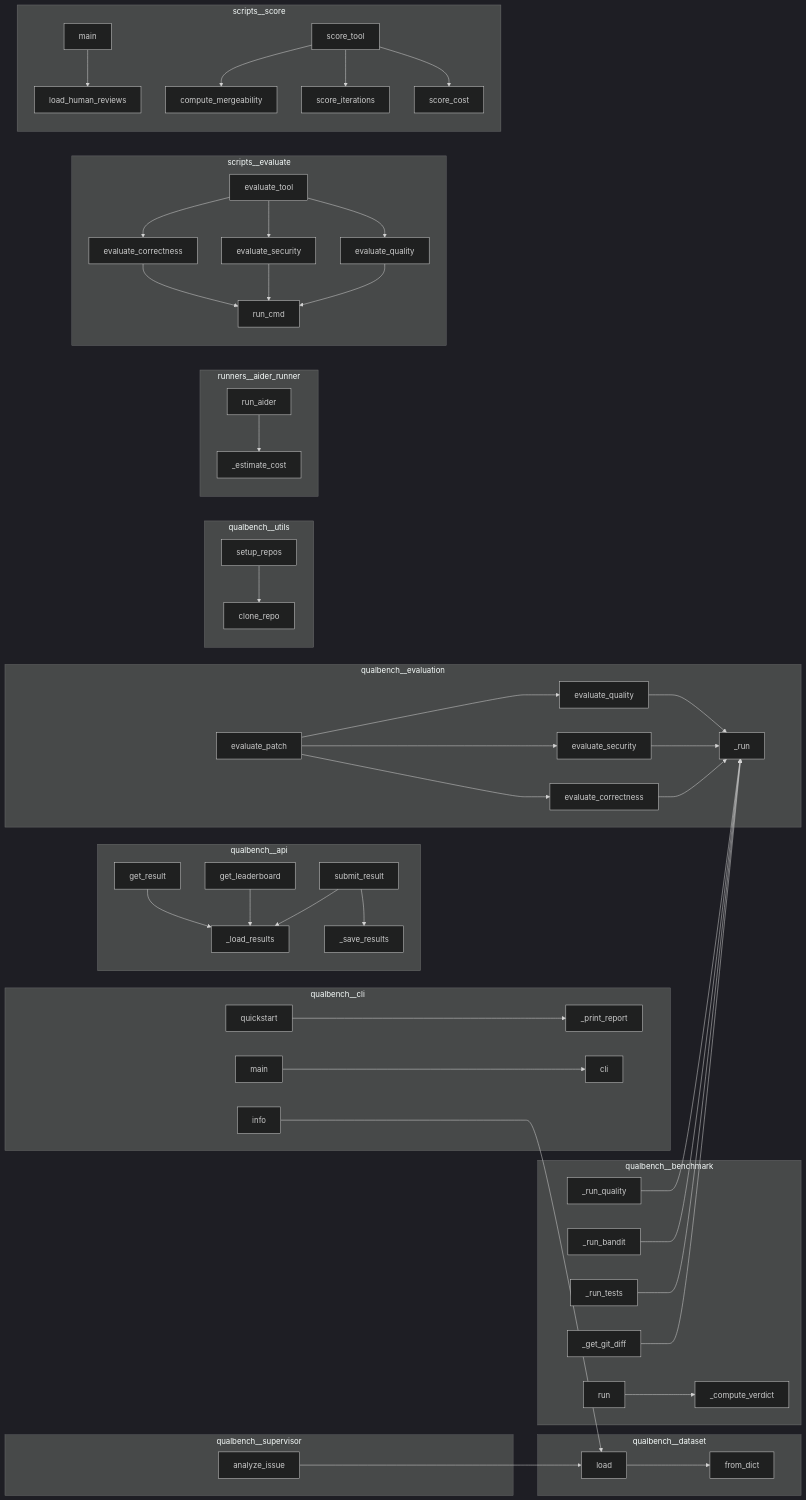
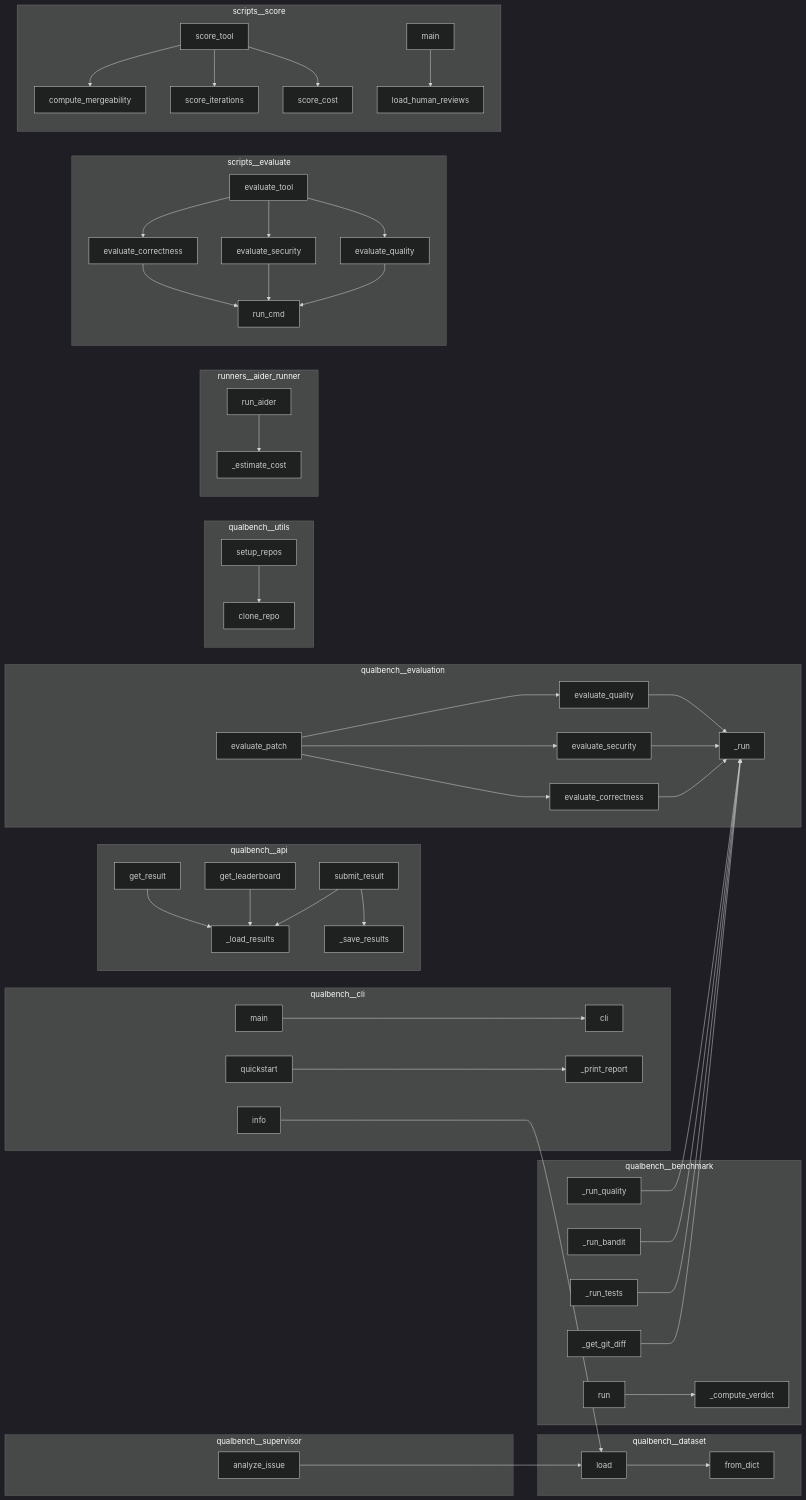
Before and after one commit to semcod/qualbench: the diagram in project/calls.mmd, drawn with Mermaid (dark theme). The commit also changed other lines of this file and 6 other files, not shown here.

```diff
--- a/project/calls.mmd
+++ b/project/calls.mmd
@@ -1,92 +1,92 @@
 flowchart LR
     subgraph qualbench__api
         qualbench__api__get_result["get_result"]
-        qualbench__api___load_results["_load_results"]
         qualbench__api__get_leaderboard["get_leaderboard"]
         qualbench__api__submit_result["submit_result"]
+        qualbench__api___load_results["_load_results"]
         qualbench__api___save_results["_save_results"]
     end
     subgraph qualbench__benchmark
-        qualbench__benchmark__QualBenchRunner___run_tests["_run_tests"]
         qualbench__benchmark__QualBenchRunner__run["run"]
         qualbench__benchmark__QualBenchRunner___run_quality["_run_quality"]
         qualbench__benchmark__QualBenchRunner___get_git_diff["_get_git_diff"]
+        qualbench__benchmark__QualBenchRunner___run_tests["_run_tests"]
+        qualbench__benchmark__QualBenchRunner___run_bandit["_run_bandit"]
         qualbench__benchmark___compute_verdict["_compute_verdict"]
-        qualbench__benchmark__QualBenchRunner___run_bandit["_run_bandit"]
     end
     subgraph qualbench__cli
+        qualbench__cli__cli["cli"]
+        qualbench__cli___print_report["_print_report"]
+        qualbench__cli__quickstart["quickstart"]
         qualbench__cli__main["main"]
         qualbench__cli__info["info"]
-        qualbench__cli__quickstart["quickstart"]
-        qualbench__cli___print_report["_print_report"]
-        qualbench__cli__cli["cli"]
     end
     subgraph qualbench__dataset
         qualbench__dataset__Dataset__load["load"]
         qualbench__dataset__Issue__from_dict["from_dict"]
     end
     subgraph qualbench__evaluation
+        qualbench__evaluation___run["_run"]
+        qualbench__evaluation__evaluate_patch["evaluate_patch"]
         qualbench__evaluation__evaluate_correctness["evaluate_correctness"]
-        qualbench__evaluation__evaluate_patch["evaluate_patch"]
-        qualbench__evaluation___run["_run"]
         qualbench__evaluation__evaluate_security["evaluate_security"]
         qualbench__evaluation__evaluate_quality["evaluate_quality"]
     end
     subgraph qualbench__supervisor
         qualbench__supervisor__SupervisorAI__analyze_issue["analyze_issue"]
     end
     subgraph qualbench__utils
+        qualbench__utils__repos__clone_repo["clone_repo"]
         qualbench__utils__repos__setup_repos["setup_repos"]
-        qualbench__utils__repos__clone_repo["clone_repo"]
     end
     subgraph runners__aider_runner
         runners__aider_runner___estimate_cost["_estimate_cost"]
         runners__aider_runner__run_aider["run_aider"]
     end
     subgraph scripts__evaluate
         scripts__evaluate__evaluate_correctness["evaluate_correctness"]
         scripts__evaluate__run_cmd["run_cmd"]
+        scripts__evaluate__evaluate_quality["evaluate_quality"]
         scripts__evaluate__evaluate_tool["evaluate_tool"]
-        scripts__evaluate__evaluate_quality["evaluate_quality"]
         scripts__evaluate__evaluate_security["evaluate_security"]
     end
     subgraph scripts__score
+        scripts__score__compute_mergeability["compute_mergeability"]
+        scripts__score__score_cost["score_cost"]
         scripts__score__load_human_reviews["load_human_reviews"]
         scripts__score__main["main"]
+        scripts__score__score_tool["score_tool"]
         scripts__score__score_iterations["score_iterations"]
-        scripts__score__score_tool["score_tool"]
-        scripts__score__score_cost["score_cost"]
-        scripts__score__compute_mergeability["compute_mergeability"]
     end
     qualbench__cli__quickstart --> qualbench__cli___print_report
     qualbench__cli__info --> qualbench__dataset__Dataset__load
     qualbench__cli__main --> qualbench__cli__cli
     qualbench__supervisor__SupervisorAI__analyze_issue --> qualbench__dataset__Dataset__load
     qualbench__utils__repos__setup_repos --> qualbench__utils__repos__clone_repo
     qualbench__dataset__Dataset__load --> qualbench__dataset__Issue__from_dict
     qualbench__evaluation__evaluate_correctness --> qualbench__evaluation___run
     qualbench__evaluation__evaluate_security --> qualbench__evaluation___run
     qualbench__evaluation__evaluate_quality --> qualbench__evaluation___run
     qualbench__evaluation__evaluate_patch --> qualbench__evaluation__evaluate_correctness
     qualbench__evaluation__evaluate_patch --> qualbench__evaluation__evaluate_security
     qualbench__evaluation__evaluate_patch --> qualbench__evaluation__evaluate_quality
     scripts__evaluate__evaluate_correctness --> scripts__evaluate__run_cmd
     scripts__evaluate__evaluate_security --> scripts__evaluate__run_cmd
     scripts__evaluate__evaluate_quality --> scripts__evaluate__run_cmd
     scripts__evaluate__evaluate_tool --> scripts__evaluate__evaluate_correctness
     scripts__evaluate__evaluate_tool --> scripts__evaluate__evaluate_security
     scripts__evaluate__evaluate_tool --> scripts__evaluate__evaluate_quality
     scripts__score__score_tool --> scripts__score__compute_mergeability
     scripts__score__score_tool --> scripts__score__score_iterations
     scripts__score__score_tool --> scripts__score__score_cost
     scripts__score__main --> scripts__score__load_human_reviews
     runners__aider_runner__run_aider --> runners__aider_runner___estimate_cost
     qualbench__benchmark__QualBenchRunner__run --> qualbench__benchmark___compute_verdict
     qualbench__benchmark__QualBenchRunner___get_git_diff --> qualbench__evaluation___run
     qualbench__benchmark__QualBenchRunner___run_tests --> qualbench__evaluation___run
     qualbench__benchmark__QualBenchRunner___run_bandit --> qualbench__evaluation___run
     qualbench__benchmark__QualBenchRunner___run_quality --> qualbench__evaluation___run
     qualbench__api__submit_result --> qualbench__api___load_results
     qualbench__api__submit_result --> qualbench__api___save_results
     qualbench__api__get_leaderboard --> qualbench__api___load_results
     qualbench__api__get_result --> qualbench__api___load_results
```
